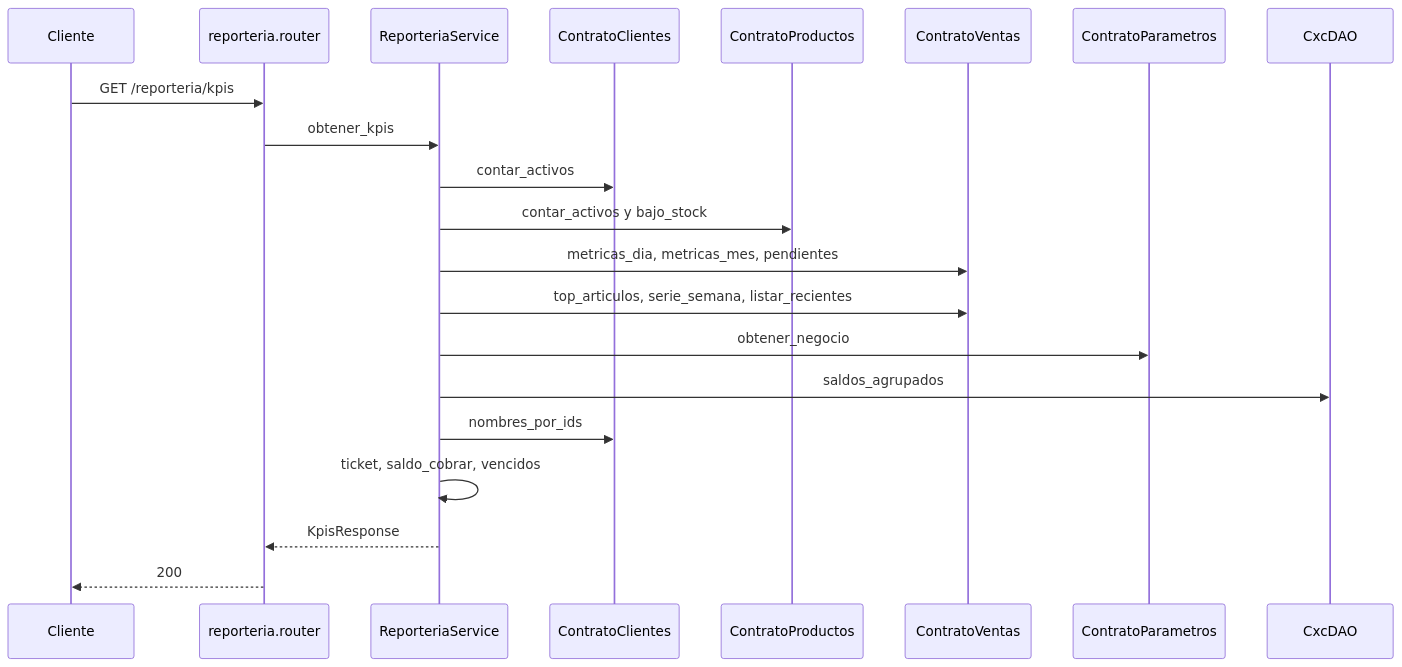
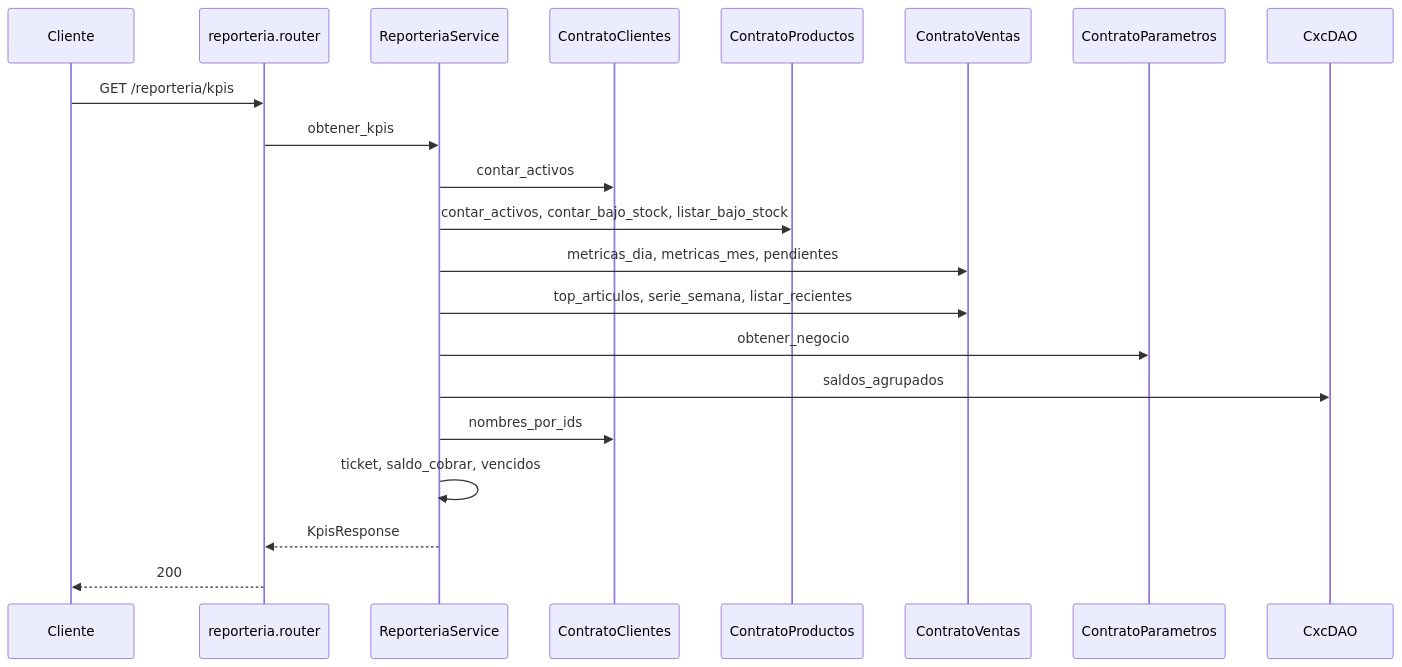
The diagram in docs/diagramas/reporteria.md (estsan3/ventas360-api), drawn with Mermaid before and after one commit. The commit also changed other lines of this file and 20 other files, not shown here.

First line of the commit message:
docs: diagramas de secuencia por módulo (sync 2026-09-16)

````diff
--- a/docs/diagramas/reporteria.md
+++ b/docs/diagramas/reporteria.md
@@ -8,24 +8,24 @@
 ```mermaid
 sequenceDiagram
     participant Cliente
     participant Router as reporteria.router
     participant Service as ReporteriaService
     participant Clientes as ContratoClientes
     participant Productos as ContratoProductos
     participant Ventas as ContratoVentas
     participant Param as ContratoParametros
     participant Cxc as CxcDAO
 
     Cliente->>Router: GET /reporteria/kpis
     Router->>Service: obtener_kpis
     Service->>Clientes: contar_activos
-    Service->>Productos: contar_activos y bajo_stock
+    Service->>Productos: contar_activos, contar_bajo_stock, listar_bajo_stock
     Service->>Ventas: metricas_dia, metricas_mes, pendientes
     Service->>Ventas: top_articulos, serie_semana, listar_recientes
     Service->>Param: obtener_negocio
     Service->>Cxc: saldos_agrupados
     Service->>Clientes: nombres_por_ids
     Service->>Service: ticket, saldo_cobrar, vencidos
     Service-->>Router: KpisResponse
     Router-->>Cliente: 200
 ```
````
